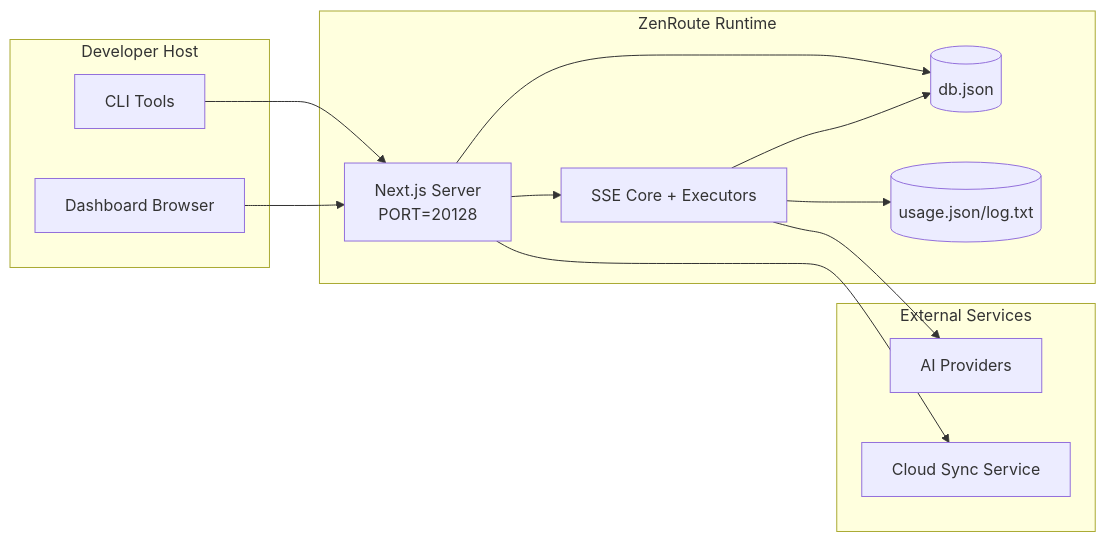
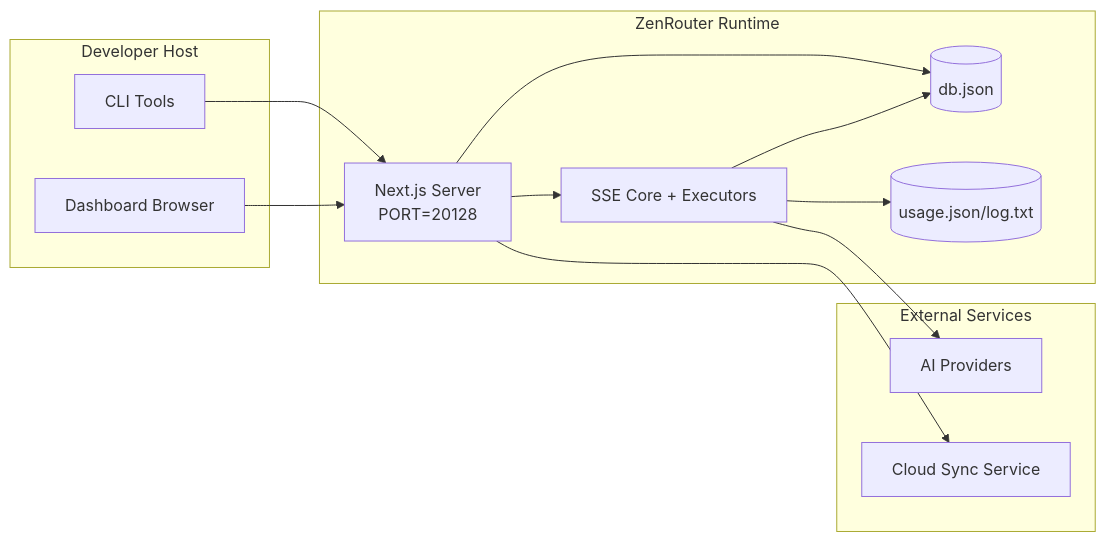
One commit to ZenRouter/ZenRouter changed the seventh of 7 diagrams in docs/ARCHITECTURE.md. Above: the diagram before and after it, drawn with Mermaid. The commit also changed other lines of this file and 364 other files, not shown here.

First line of the commit message:
🔄 rebrand: ZenRoute → ZenRouter (full project rename)

````diff
--- a/docs/ARCHITECTURE.md
+++ b/docs/ARCHITECTURE.md
@@ -392,28 +392,28 @@
 ```mermaid
 flowchart LR
     subgraph LocalHost[Developer Host]
         CLI[CLI Tools]
         Browser[Dashboard Browser]
     end
 
-    subgraph ContainerOrProcess[ZenRoute Runtime]
+    subgraph ContainerOrProcess[ZenRouter Runtime]
         Next[Next.js Server\nPORT=20128]
         Core[SSE Core + Executors]
         MainDB[(db.json)]
         UsageDB[(usage.json/log.txt)]
     end
 
     subgraph External[External Services]
         Providers[AI Providers]
         SyncCloud[Cloud Sync Service]
     end
 
     CLI --> Next
     Browser --> Next
     Next --> Core
     Next --> MainDB
     Core --> MainDB
     Core --> UsageDB
     Core --> Providers
     Next --> SyncCloud
 ```
````
